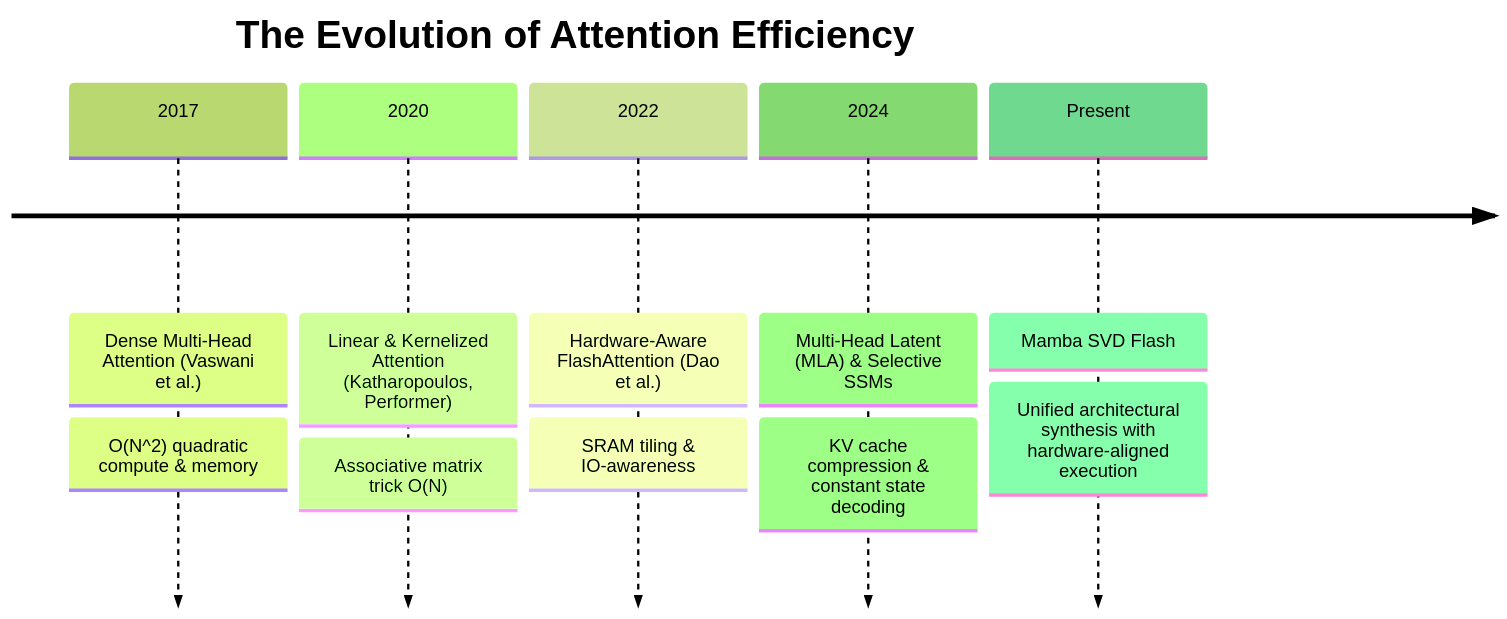
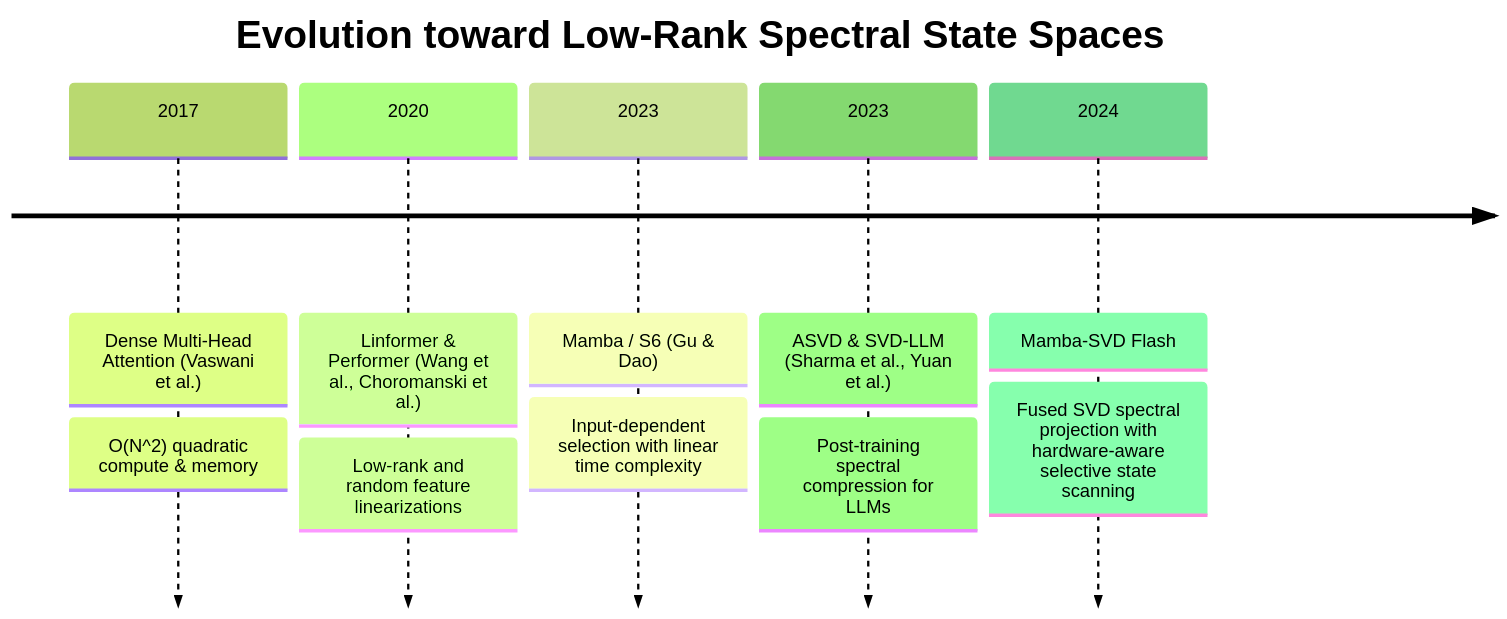
Before and after one commit to tahamajs/NeuralOps: the first of 2 diagrams in Docs/content/attentions_blog/mamba_svd_flash_blog.md, drawn with Mermaid (forest theme). The commit also changed other lines of this file and 19 other files, not shown here.

````diff
--- a/Docs/content/attentions_blog/mamba_svd_flash_blog.md
+++ b/Docs/content/attentions_blog/mamba_svd_flash_blog.md
@@ -58,9 +81,9 @@
 ```mermaid
 timeline
-    title The Evolution of Attention Efficiency
+    title Evolution toward Low-Rank Spectral State Spaces
     2017 : Dense Multi-Head Attention (Vaswani et al.) : O(N^2) quadratic compute & memory
-    2020 : Linear & Kernelized Attention (Katharopoulos, Performer) : Associative matrix trick O(N)
-    2022 : Hardware-Aware FlashAttention (Dao et al.) : SRAM tiling & IO-awareness
-    2024 : Multi-Head Latent (MLA) & Selective SSMs : KV cache compression & constant state decoding
-    Present : Mamba SVD Flash : Unified architectural synthesis with hardware-aligned execution
+    2020 : Linformer & Performer (Wang et al., Choromanski et al.) : Low-rank and random feature linearizations
+    2023 : Mamba / S6 (Gu & Dao) : Input-dependent selection with linear time complexity
+    2023 : ASVD & SVD-LLM (Sharma et al., Yuan et al.) : Post-training spectral compression for LLMs
+    2024 : Mamba-SVD Flash : Fused SVD spectral projection with hardware-aware selective state scanning
 ```
````
